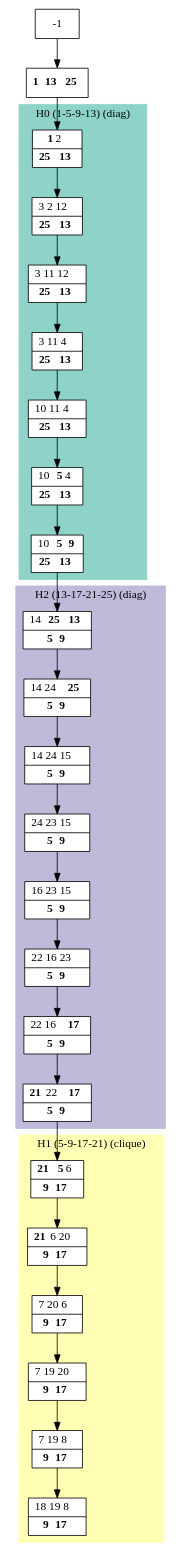
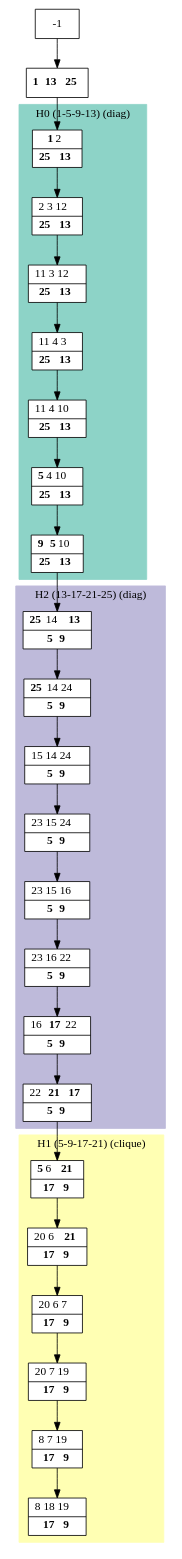
One commit to bmarchand/auto-dp changed the diagram in results/dot_files/processed_K.dot. Above: the diagram before and after it, drawn with Graphviz. The commit also changed 112 other files, not shown here.

```diff
--- a/results/dot_files/processed_K.dot
+++ b/results/dot_files/processed_K.dot
@@ -1,53 +1,53 @@
 digraph G {
     node [shape=box];
     subgraph cluster0 {
         node [style=filled,fillcolor=white];
         labeljust="l";
         style=filled;
         color="#8DD3C7";
         H0_0 -> H0_1 -> H0_3 -> H0_4 -> H0_5 -> H0_6 -> H0_7;
         label="H0 (1-5-9-13) (diag)";
     }
     subgraph cluster1 {
         node [style=filled,fillcolor=white];
         labeljust="l";
         style=filled;
         color="#FFFFB3";
         H1_0 -> H1_1 -> H1_2 -> H1_3 -> H1_4 -> H1_5;
         label="H1 (5-9-17-21) (clique)";
     }
     subgraph cluster2 {
         node [style=filled,fillcolor=white];
         labeljust="l";
         style=filled;
         color="#BEBADA";
         H2_0 -> H2_1 -> H2_2 -> H2_3 -> H2_4 -> H2_5 -> H2_6 -> H2_7;
         label="H2 (13-17-21-25) (diag)";
     }
      1 [shape=record,label= <{ <b>1</b> <b>13</b> <b>25</b>}> ];
      -1  ->  1;
      H0_0 [shape=record,label= <{ <b>1</b> 2|  <b>25</b> <b>13</b>}> ];
      1  ->  H0_0;
-     H0_1 [shape=record,label= <{ 3 2 12|  <b>25</b> <b>13</b>}> ];
-     H0_3 [shape=record,label= <{ 3 11 12|  <b>25</b> <b>13</b>}> ];
-     H0_4 [shape=record,label= <{ 3 11 4|  <b>25</b> <b>13</b>}> ];
-     H0_5 [shape=record,label= <{ 10 11 4|  <b>25</b> <b>13</b>}> ];
-     H0_6 [shape=record,label= <{ 10 <b>5</b> 4|  <b>25</b> <b>13</b>}> ];
-     H0_7 [shape=record,label= <{ 10 <b>5</b> <b>9</b>|  <b>25</b> <b>13</b>}> ];
-     H2_0 [shape=record,label= <{ 14 <b>25</b> <b>13</b>|  <b>5</b> <b>9</b>}> ];
+     H0_1 [shape=record,label= <{ 2 3 12|  <b>25</b> <b>13</b>}> ];
+     H0_3 [shape=record,label= <{ 11 3 12|  <b>25</b> <b>13</b>}> ];
+     H0_4 [shape=record,label= <{ 11 4 3|  <b>25</b> <b>13</b>}> ];
+     H0_5 [shape=record,label= <{ 11 4 10|  <b>25</b> <b>13</b>}> ];
+     H0_6 [shape=record,label= <{ <b>5</b> 4 10|  <b>25</b> <b>13</b>}> ];
+     H0_7 [shape=record,label= <{ <b>9</b> <b>5</b> 10|  <b>25</b> <b>13</b>}> ];
+     H2_0 [shape=record,label= <{ <b>25</b> 14 <b>13</b>|  <b>5</b> <b>9</b>}> ];
      H0_7  ->  H2_0;
-     H2_1 [shape=record,label= <{ 14 24 <b>25</b>|  <b>5</b> <b>9</b>}> ];
-     H2_2 [shape=record,label= <{ 14 24 15|  <b>5</b> <b>9</b>}> ];
-     H2_3 [shape=record,label= <{ 24 23 15|  <b>5</b> <b>9</b>}> ];
-     H2_4 [shape=record,label= <{ 16 23 15|  <b>5</b> <b>9</b>}> ];
-     H2_5 [shape=record,label= <{ 22 16 23|  <b>5</b> <b>9</b>}> ];
-     H2_6 [shape=record,label= <{ 22 16 <b>17</b>|  <b>5</b> <b>9</b>}> ];
-     H2_7 [shape=record,label= <{ <b>21</b> 22 <b>17</b>|  <b>5</b> <b>9</b>}> ];
-     H1_0 [shape=record,label= <{ <b>21</b> <b>5</b> 6|  <b>9</b> <b>17</b>}> ];
+     H2_1 [shape=record,label= <{ <b>25</b> 14 24|  <b>5</b> <b>9</b>}> ];
+     H2_2 [shape=record,label= <{ 15 14 24|  <b>5</b> <b>9</b>}> ];
+     H2_3 [shape=record,label= <{ 23 15 24|  <b>5</b> <b>9</b>}> ];
+     H2_4 [shape=record,label= <{ 23 15 16|  <b>5</b> <b>9</b>}> ];
+     H2_5 [shape=record,label= <{ 23 16 22|  <b>5</b> <b>9</b>}> ];
+     H2_6 [shape=record,label= <{ 16 <b>17</b> 22|  <b>5</b> <b>9</b>}> ];
+     H2_7 [shape=record,label= <{ 22 <b>21</b> <b>17</b>|  <b>5</b> <b>9</b>}> ];
+     H1_0 [shape=record,label= <{ <b>5</b> 6 <b>21</b>|  <b>17</b> <b>9</b>}> ];
      H2_7  ->  H1_0;
-     H1_1 [shape=record,label= <{ <b>21</b> 6 20|  <b>9</b> <b>17</b>}> ];
-     H1_2 [shape=record,label= <{ 7 20 6|  <b>9</b> <b>17</b>}> ];
-     H1_3 [shape=record,label= <{ 7 19 20|  <b>9</b> <b>17</b>}> ];
-     H1_4 [shape=record,label= <{ 7 19 8|  <b>9</b> <b>17</b>}> ];
-     H1_5 [shape=record,label= <{ 18 19 8|  <b>9</b> <b>17</b>}> ];
+     H1_1 [shape=record,label= <{ 20 6 <b>21</b>|  <b>17</b> <b>9</b>}> ];
+     H1_2 [shape=record,label= <{ 20 6 7|  <b>17</b> <b>9</b>}> ];
+     H1_3 [shape=record,label= <{ 20 7 19|  <b>17</b> <b>9</b>}> ];
+     H1_4 [shape=record,label= <{ 8 7 19|  <b>17</b> <b>9</b>}> ];
+     H1_5 [shape=record,label= <{ 8 18 19|  <b>17</b> <b>9</b>}> ];
 }
```
